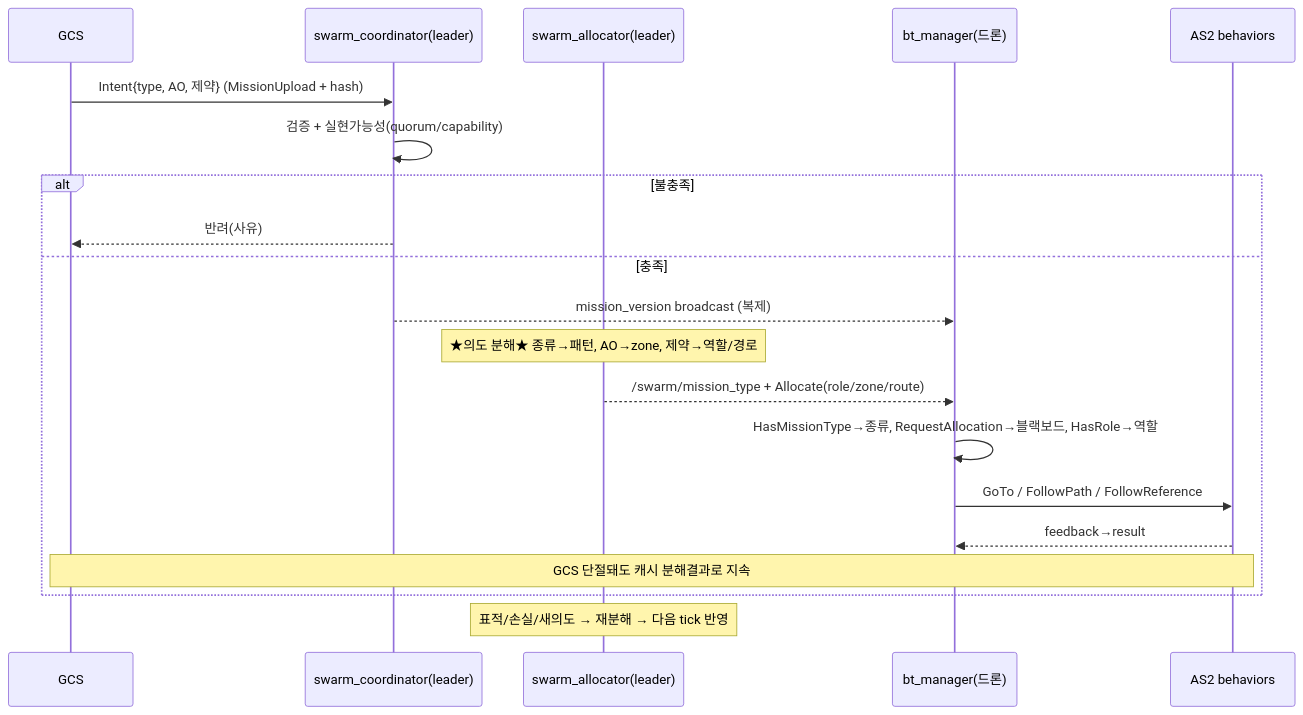
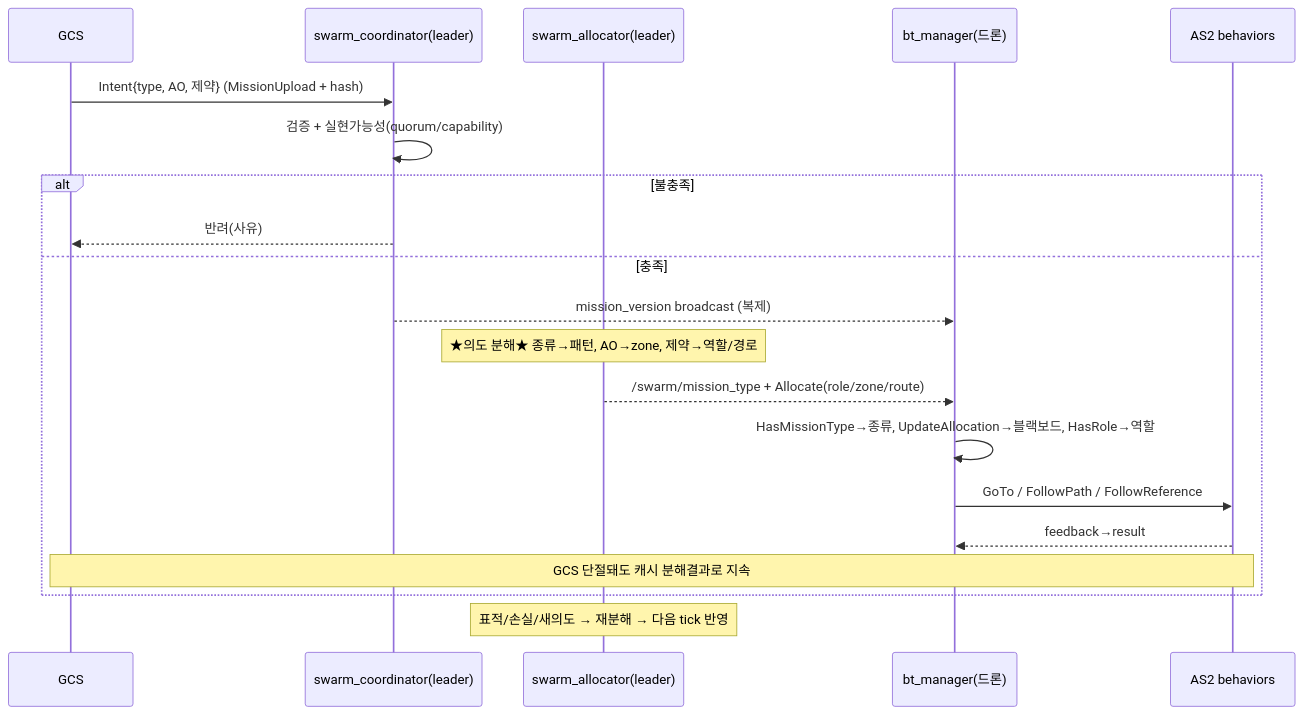
The first of 2 diagrams in swarm_intent_processing.md (aerostack2/aerostack2), drawn with Mermaid before and after one commit. The commit also changed other lines of this file and 14 other files, not shown here.

````diff
--- a/swarm_intent_processing.md
+++ b/swarm_intent_processing.md
@@ -134,23 +135,23 @@
 ```mermaid
 sequenceDiagram
     participant GCS
     participant CO as swarm_coordinator(leader)
     participant AL as swarm_allocator(leader)
     participant BT as bt_manager(드론)
     participant AS2 as AS2 behaviors
 
     GCS->>CO: Intent{type, AO, 제약} (MissionUpload + hash)
     CO->>CO: 검증 + 실현가능성(quorum/capability)
     alt 불충족
         CO-->>GCS: 반려(사유)
     else 충족
         CO-->>BT: mission_version broadcast (복제)
         Note over AL: ★의도 분해★ 종류→패턴, AO→zone, 제약→역할/경로
         AL-->>BT: /swarm/mission_type + Allocate(role/zone/route)
-        BT->>BT: HasMissionType→종류, RequestAllocation→블랙보드, HasRole→역할
+        BT->>BT: HasMissionType→종류, UpdateAllocation→블랙보드, HasRole→역할
         BT->>AS2: GoTo / FollowPath / FollowReference
         AS2-->>BT: feedback→result
         Note over GCS,AS2: GCS 단절돼도 캐시 분해결과로 지속
     end
     Note over AL: 표적/손실/새의도 → 재분해 → 다음 tick 반영
 ```
````
